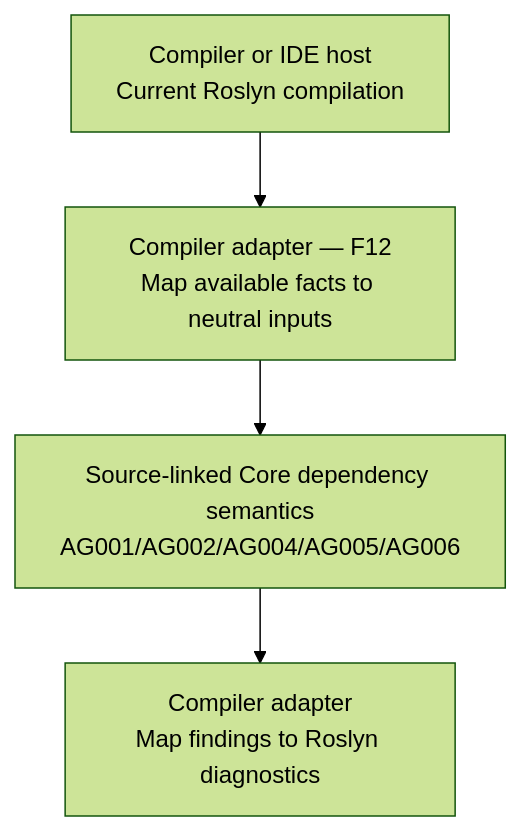
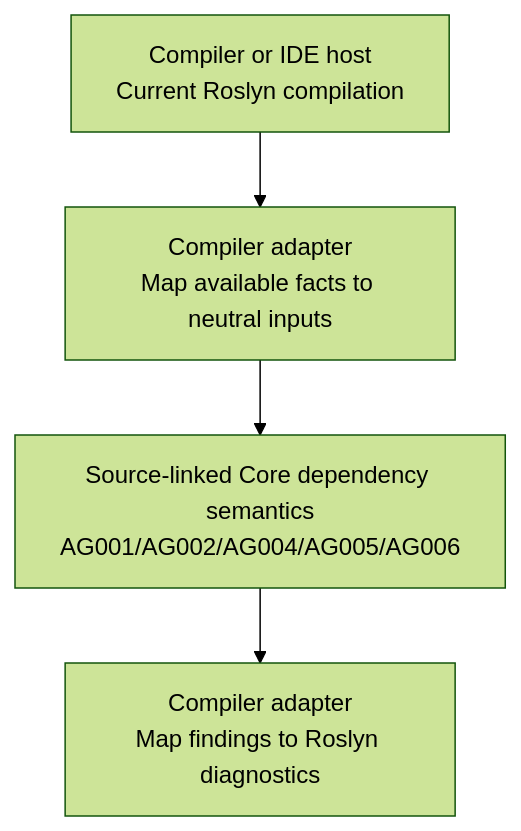
Before and after one commit to kbourzayq/arch-guard: the third of 3 diagrams in docs/architecture/overview.md, drawn with Mermaid (forest theme). The commit also changed other lines of this file and 18 other files, not shown here.

````diff
--- a/docs/architecture/overview.md
+++ b/docs/architecture/overview.md
@@ -199,11 +195,11 @@
 ```mermaid
 flowchart TD
     Host["Compiler or IDE host<br/>Current Roslyn compilation"]
-    Adapter["Compiler adapter — F12<br/>Map available facts to neutral inputs"]
+    Adapter["Compiler adapter<br/>Map available facts to neutral inputs"]
     Rules["Source-linked Core dependency semantics<br/>AG001/AG002/AG004/AG005/AG006"]
     Diagnostics["Compiler adapter<br/>Map findings to Roslyn diagnostics"]
 
     Host --> Adapter
     Adapter --> Rules
     Rules --> Diagnostics
 ```
````
